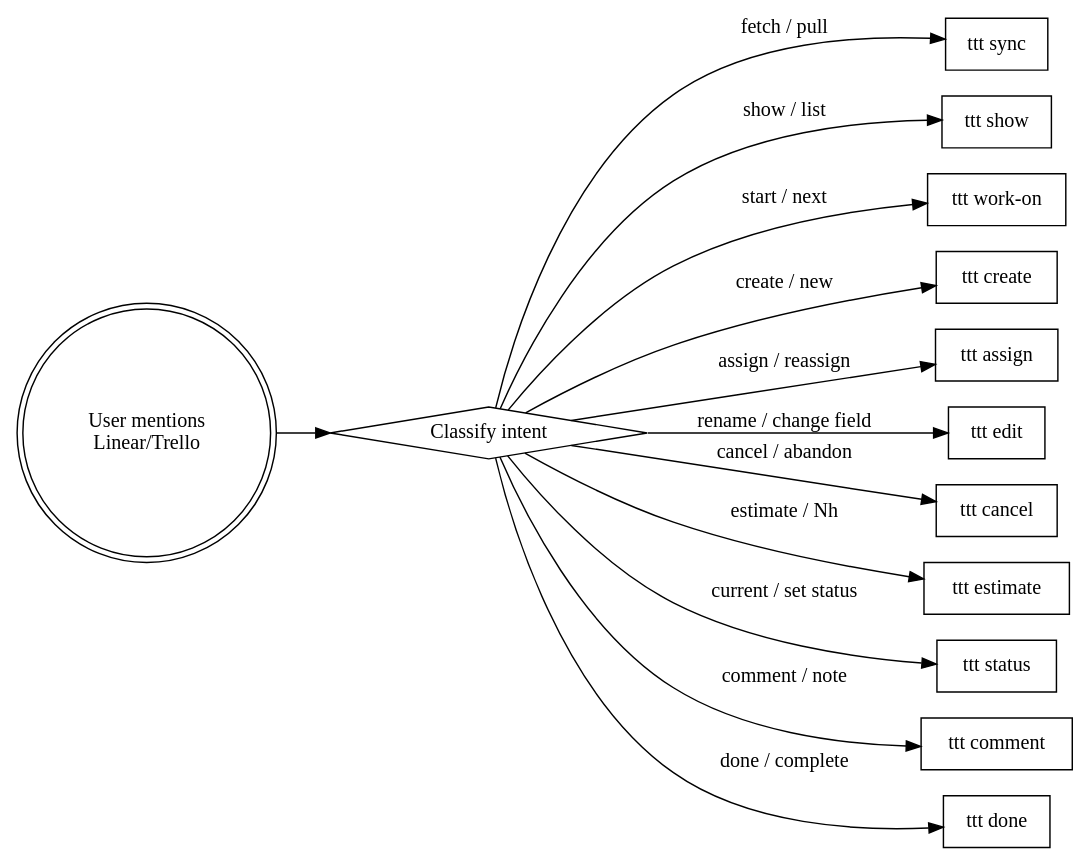
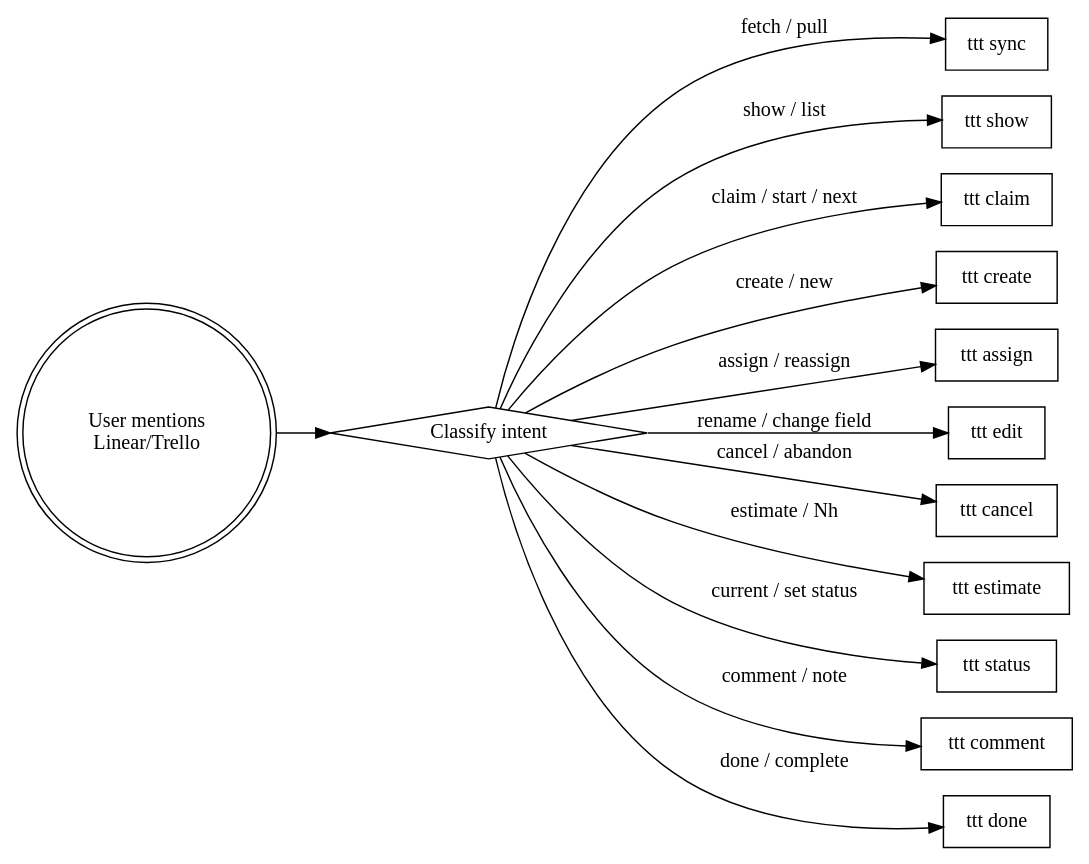
One commit to wayne930242/team-toon-tack changed the diagram in skills/managing-linear-tasks/SKILL.md. Above: the diagram before and after it, drawn with Graphviz. The commit also changed other lines of this file and 14 other files, not shown here.

First line of the commit message:
feat(claim): claim tickets in batch as ttt claim, with work-on as an alias

````diff
--- a/skills/managing-linear-tasks/SKILL.md
+++ b/skills/managing-linear-tasks/SKILL.md
@@ -106,33 +107,33 @@
 ```dot
 digraph ttt_router {
     rankdir=LR;
 
     user [label="User mentions\nLinear/Trello", shape=doublecircle];
     classify [label="Classify intent", shape=diamond];
 
     sync     [label="ttt sync",    shape=box];
     show     [label="ttt show",    shape=box];
-    work_on  [label="ttt work-on", shape=box];
+    claim    [label="ttt claim",   shape=box];
     create   [label="ttt create",  shape=box];
     assign   [label="ttt assign",  shape=box];
     edit     [label="ttt edit",    shape=box];
     cancel   [label="ttt cancel",  shape=box];
     estimate [label="ttt estimate", shape=box];
     status   [label="ttt status",  shape=box];
     comment  [label="ttt comment", shape=box];
     done     [label="ttt done",    shape=box];
 
     user -> classify;
     classify -> sync     [label="fetch / pull"];
     classify -> show     [label="show / list"];
-    classify -> work_on  [label="start / next"];
+    classify -> claim    [label="claim / start / next"];
     classify -> create   [label="create / new"];
     classify -> assign   [label="assign / reassign"];
     classify -> edit     [label="rename / change field"];
     classify -> cancel   [label="cancel / abandon"];
     classify -> estimate [label="estimate / Nh"];
     classify -> status   [label="current / set status"];
     classify -> comment  [label="comment / note"];
     classify -> done     [label="done / complete"];
 }
 ```
````
